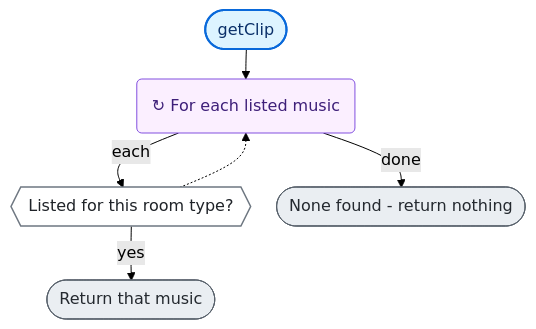
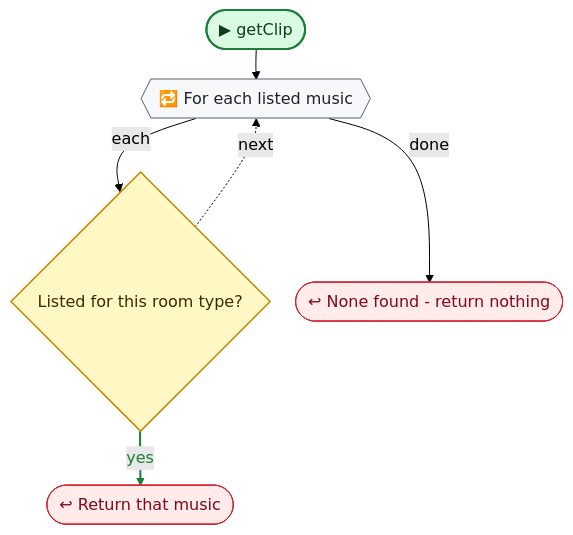
Before and after one commit to nataiai/Lord-of-the-Dungeon: the third of 3 diagrams in CodeGraph~/graph/SoundPlayer.cs.md, drawn with Mermaid (forest theme). The commit also changed other lines of this file and 44 other files, not shown here.

````diff
--- a/CodeGraph~/graph/SoundPlayer.cs.md
+++ b/CodeGraph~/graph/SoundPlayer.cs.md
@@ -129,34 +137,39 @@
 ```mermaid
 ---
 config:
   flowchart:
     wrappingWidth: 260
     nodeSpacing: 26
     rankSpacing: 30
 ---
 flowchart TD
-  nS(["getClip"])
-  nb5242a("  ↻ For each listed music  ")
-  n27f4de{{"Listed for this room type?"}}
-  nc3efce(["Return that music"])
-  neebe27(["None found - return nothing"])
+  nS(["▶ getClip"])
+  nb5242a{{"🔁 For each listed music"}}
+  n27f4de{"Listed for this room type?"}
+  nc3efce(["↩ Return that music"])
+  neebe27(["↩ None found - return nothing"])
   nS --> nb5242a
   nb5242a -->|each| n27f4de
   n27f4de -->|yes| nc3efce
-  n27f4de -.-> nb5242a
+  n27f4de -.->|next| nb5242a
   nb5242a -->|done| neebe27
-  classDef unity fill:#fff1c2,stroke:#9a6700,stroke-width:2px,color:#3b2300
-  classDef start fill:#ddf4ff,stroke:#0969da,stroke-width:2px,color:#0a3069
-  classDef calc fill:#f6f8fa,stroke:#d0d7de,color:#57606a
-  classDef calls fill:#ffffff,stroke:#0969da,stroke-width:2.5px,color:#0a3069
-  classDef cond fill:#ffffff,stroke:#6e7781,stroke-width:1.5px,color:#1f2328
-  classDef loop fill:#fbefff,stroke:#8250df,color:#3e1f79
-  classDef exit fill:#eaeef2,stroke:#57606a,color:#24292f
-  classDef wait fill:#fff8f0,stroke:#bc4c00,color:#4d1d00
+  linkStyle 2 stroke:#1a7f37,stroke-width:2px,color:#1a7f37
+  classDef unity fill:#dafbe1,stroke:#1a7f37,stroke-width:2px,color:#0f3d1d
+  classDef start fill:#dafbe1,stroke:#1a7f37,stroke-width:2px,color:#0f3d1d
+  classDef calc fill:#ffffff,stroke:#d0d7de,color:#57606a
+  classDef calls fill:#ddf4ff,stroke:#0969da,stroke-width:2px,color:#0a3069
+  classDef ext fill:#ddf4ff,stroke:#0969da,stroke-width:2px,stroke-dasharray:5 3,color:#0a3069
+  classDef cond fill:#fff8c5,stroke:#bf8700,stroke-width:1.5px,color:#3d2a00
+  classDef loop fill:#f6f8fa,stroke:#57606a,color:#1f2328
+  classDef exit fill:#ffebe9,stroke:#cf222e,color:#82071e
+  classDef kill fill:#ffebe9,stroke:#cf222e,stroke-width:2px,color:#82071e
+  classDef spawn fill:#dafbe1,stroke:#1a7f37,stroke-width:2px,color:#0f3d1d
+  classDef wait fill:#fff1e5,stroke:#bc4c00,color:#4d1d00
   classDef fin fill:#eaeef2,stroke:#8c959f,color:#57606a
   classDef join fill:#d0d7de,stroke:#8c959f,color:#57606a
+  classDef ghdr fill:#f5f9ff,stroke:#f5f9ff,color:#0a3069,font-weight:bold
   class n27f4de cond
   class nc3efce,neebe27 exit
   class nb5242a loop
   class nS start
 ```
````
